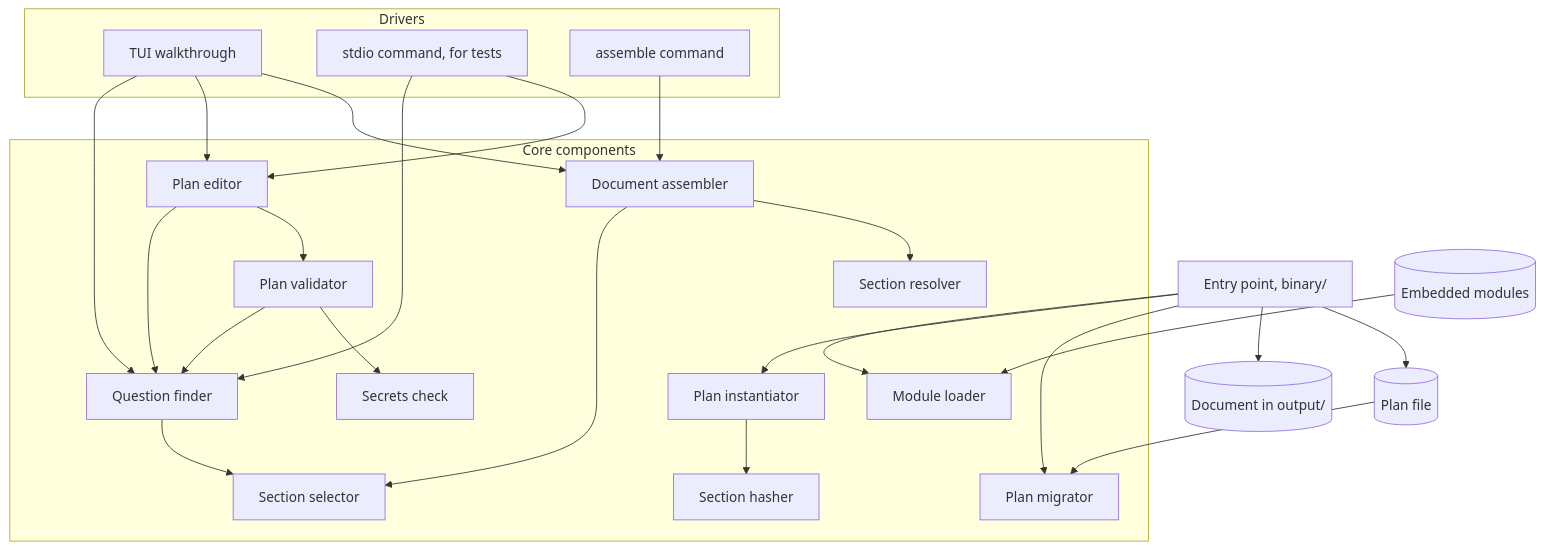
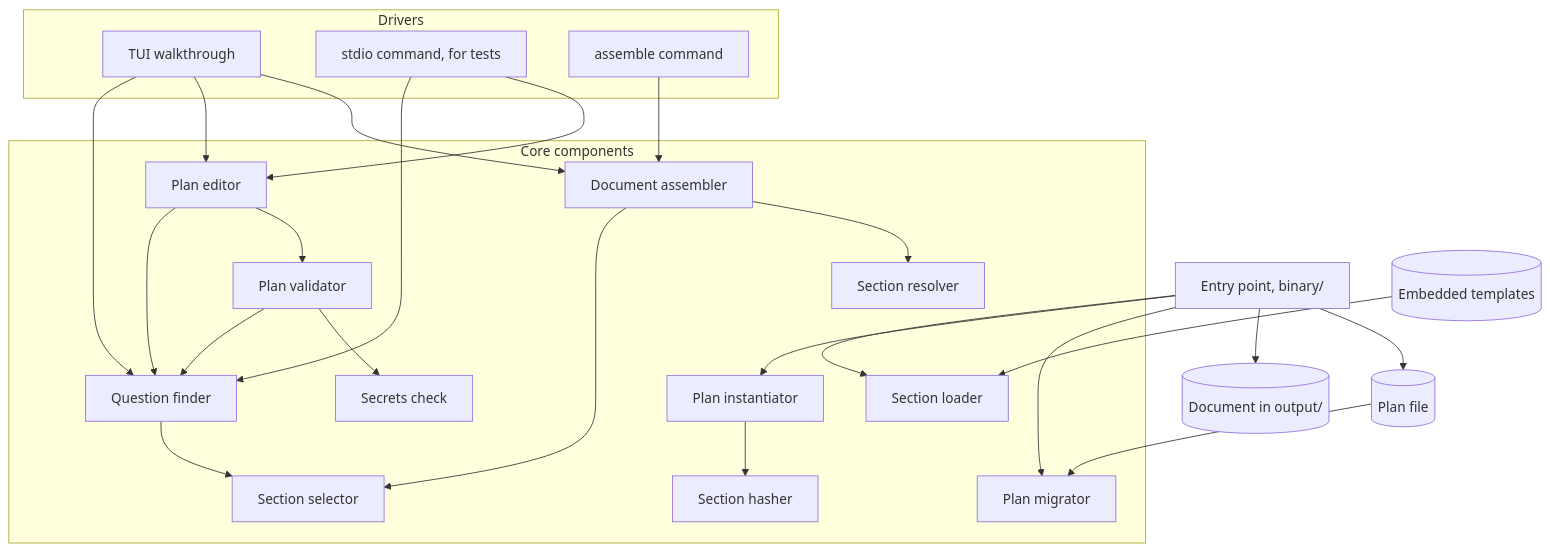
One commit to 8thlight-daveloper/onboard-kit changed the diagram in docs/architecture/components.md. Above: the diagram before and after it, drawn with Mermaid. The commit also changed other lines of this file and 22 other files, not shown here.

Commit message:
Rename module to section template and the module loader to the section loader

````diff
--- a/docs/architecture/components.md
+++ b/docs/architecture/components.md
@@ -9,53 +9,53 @@
 ```mermaid
 flowchart TB
     subgraph drivers["Drivers"]
         tui["TUI walkthrough"]
         stdio["stdio command, for tests"]
         assemble_command["assemble command"]
     end
 
     entry["Entry point, binary/"]
 
     subgraph core["Core components"]
         finder["Question finder"]
         validator["Plan validator"]
         editor["Plan editor"]
         assembler["Document assembler"]
         instantiator["Plan instantiator"]
         migrator["Plan migrator"]
-        loader["Module loader"]
+        loader["Section loader"]
         selector["Section selector"]
         resolver["Section resolver"]
         hasher["Section hasher"]
         secrets["Secrets check"]
     end
 
-    modules[("Embedded modules")]
+    templates[("Embedded templates")]
     planfile[("Plan file")]
     document[("Document in output/")]
 
     tui --> finder
     tui --> editor
     tui --> assembler
     stdio --> finder
     stdio --> editor
     assemble_command --> assembler
 
     finder --> selector
     validator --> finder
     validator --> secrets
     editor --> finder
     editor --> validator
     assembler --> selector
     assembler --> resolver
     instantiator --> hasher
 
     entry --> loader
     entry --> instantiator
     entry --> migrator
 
-    modules --> loader
+    templates --> loader
     planfile --> migrator
     entry --> document
     entry --> planfile
 ```
````
